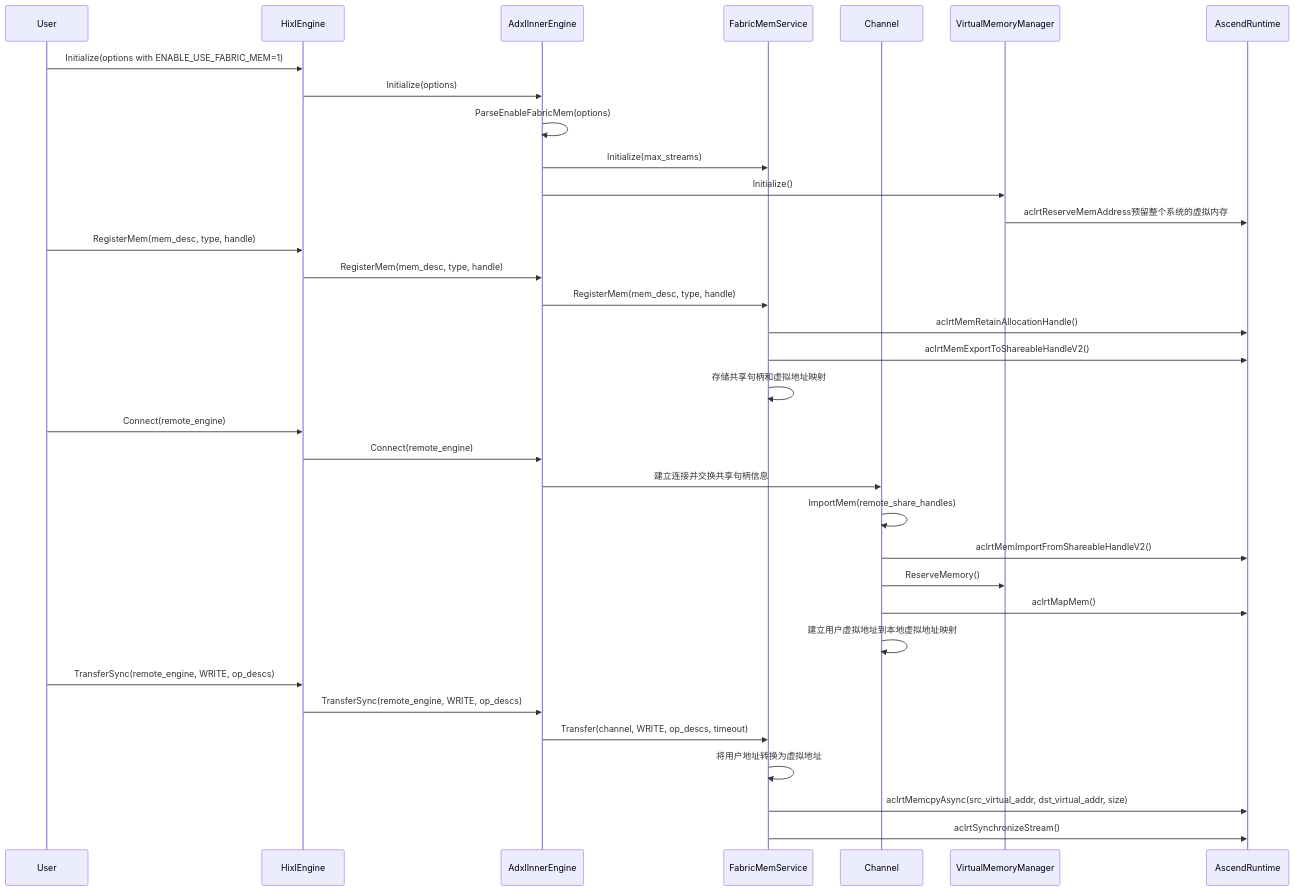
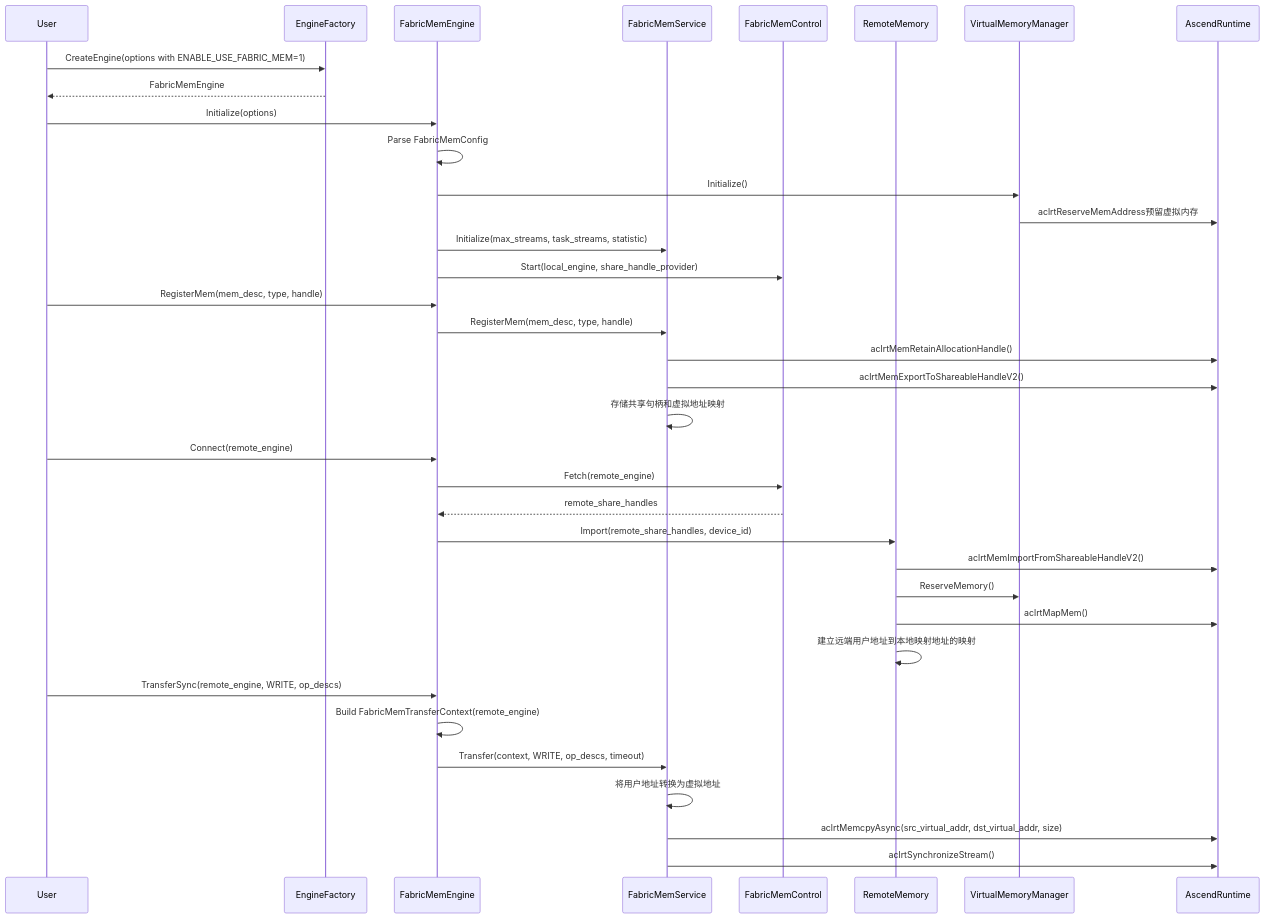
Before and after one commit to hicann/hixl: the second of 2 diagrams in docs/design/FabricMem模式设计.md, drawn with Mermaid. The commit also changed other lines of this file and 53 other files, not shown here.

First line of the commit message:
[refactor] refactor fabric_mem_transfer_service

````diff
--- a/docs/design/FabricMem模式设计.md
+++ b/docs/design/FabricMem模式设计.md
@@ -96,40 +118,42 @@
 ```mermaid
 sequenceDiagram
    participant User
-   participant HixlEngine
-   participant AdxlInnerEngine
+   participant EngineFactory
+   participant FabricMemEngine
    participant FabricMemService
-   participant Channel
+   participant FabricMemControl
+   participant RemoteMemory
    participant VirtualMemoryManager
    participant AscendRuntime
 
-   User->>HixlEngine: Initialize(options with ENABLE_USE_FABRIC_MEM=1)
-   HixlEngine->>AdxlInnerEngine: Initialize(options)
-   AdxlInnerEngine->>AdxlInnerEngine: ParseEnableFabricMem(options)
-   AdxlInnerEngine->>FabricMemService: Initialize(max_streams)
-   AdxlInnerEngine->>VirtualMemoryManager: Initialize()
-   VirtualMemoryManager->>AscendRuntime: aclrtReserveMemAddress预留整个系统的虚拟内存
+   User->>EngineFactory: CreateEngine(options with ENABLE_USE_FABRIC_MEM=1)
+   EngineFactory-->>User: FabricMemEngine
+   User->>FabricMemEngine: Initialize(options)
+   FabricMemEngine->>FabricMemEngine: Parse FabricMemConfig
+   FabricMemEngine->>VirtualMemoryManager: Initialize()
+   VirtualMemoryManager->>AscendRuntime: aclrtReserveMemAddress预留虚拟内存
+   FabricMemEngine->>FabricMemService: Initialize(max_streams, task_streams, statistic)
+   FabricMemEngine->>FabricMemControl: Start(local_engine, share_handle_provider)
 
-   User->>HixlEngine: RegisterMem(mem_desc, type, handle)
-   HixlEngine->>AdxlInnerEngine: RegisterMem(mem_desc, type, handle)
-   AdxlInnerEngine->>FabricMemService: RegisterMem(mem_desc, type, handle)
+   User->>FabricMemEngine: RegisterMem(mem_desc, type, handle)
+   FabricMemEngine->>FabricMemService: RegisterMem(mem_desc, type, handle)
    FabricMemService->>AscendRuntime: aclrtMemRetainAllocationHandle()
    FabricMemService->>AscendRuntime: aclrtMemExportToShareableHandleV2()
    FabricMemService->>FabricMemService: 存储共享句柄和虚拟地址映射
 
-   User->>HixlEngine: Connect(remote_engine)
-   HixlEngine->>AdxlInnerEngine: Connect(remote_engine)
-   AdxlInnerEngine->>Channel: 建立连接并交换共享句柄信息
-   Channel->>Channel: ImportMem(remote_share_handles)
-   Channel->>AscendRuntime: aclrtMemImportFromShareableHandleV2()
-   Channel->>VirtualMemoryManager: ReserveMemory()
-   Channel->>AscendRuntime: aclrtMapMem()
-   Channel->>Channel: 建立用户虚拟地址到本地虚拟地址映射
+   User->>FabricMemEngine: Connect(remote_engine)
+   FabricMemEngine->>FabricMemControl: Fetch(remote_engine)
+   FabricMemControl-->>FabricMemEngine: remote_share_handles
+   FabricMemEngine->>RemoteMemory: Import(remote_share_handles, device_id)
+   RemoteMemory->>AscendRuntime: aclrtMemImportFromShareableHandleV2()
+   RemoteMemory->>VirtualMemoryManager: ReserveMemory()
+   RemoteMemory->>AscendRuntime: aclrtMapMem()
+   RemoteMemory->>RemoteMemory: 建立远端用户地址到本地映射地址的映射
 
-   User->>HixlEngine: TransferSync(remote_engine, WRITE, op_descs)
-   HixlEngine->>AdxlInnerEngine: TransferSync(remote_engine, WRITE, op_descs)
-   AdxlInnerEngine->>FabricMemService: Transfer(channel, WRITE, op_descs, timeout)
+   User->>FabricMemEngine: TransferSync(remote_engine, WRITE, op_descs)
+   FabricMemEngine->>FabricMemEngine: Build FabricMemTransferContext(remote_engine)
+   FabricMemEngine->>FabricMemService: Transfer(context, WRITE, op_descs, timeout)
    FabricMemService->>FabricMemService: 将用户地址转换为虚拟地址
    FabricMemService->>AscendRuntime: aclrtMemcpyAsync(src_virtual_addr, dst_virtual_addr, size)
    FabricMemService->>AscendRuntime: aclrtSynchronizeStream()
 ```
````
